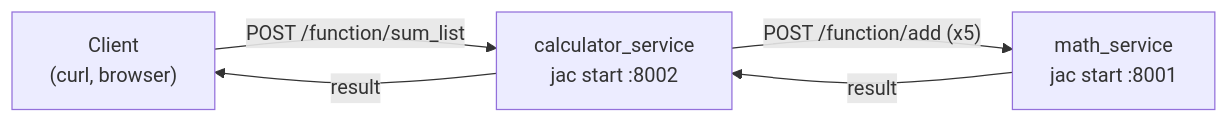
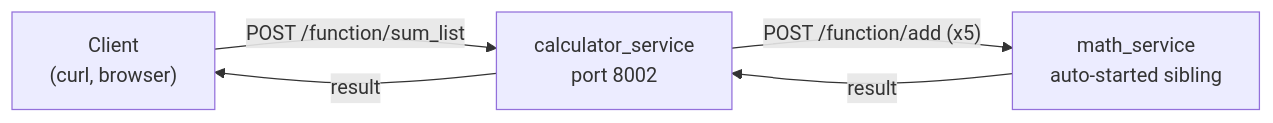
Before and after one commit to marsninja/jaseci: the diagram in docs/docs/tutorials/production/microservices.md, drawn with Mermaid. The commit also changed other lines of this file and 2 other files, not shown here.

````diff
--- a/docs/docs/tutorials/production/microservices.md
+++ b/docs/docs/tutorials/production/microservices.md
@@ -19,7 +21,7 @@
 ```mermaid
 graph LR
-    Client["Client<br/>(curl, browser)"] -- "POST /function/sum_list" --> Calc["calculator_service<br/>jac start :8002"]
-    Calc -- "POST /function/add (x5)" --> Math["math_service<br/>jac start :8001"]
+    Client["Client<br/>(curl, browser)"] -- "POST /function/sum_list" --> Calc["calculator_service<br/>port 8002"]
+    Calc -- "POST /function/add (x5)" --> Math["math_service<br/>auto-started sibling"]
     Math -- "result" --> Calc
     Calc -- "result" --> Client
 ```
````
